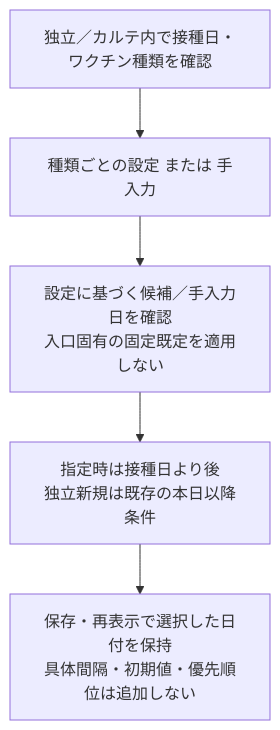
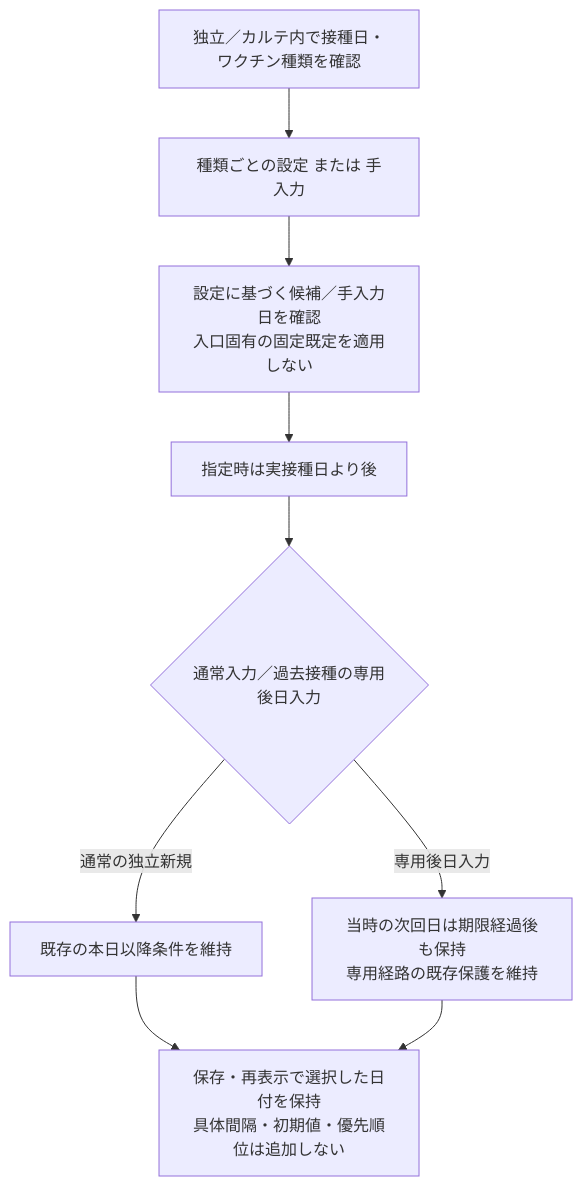
One commit to MinoruSoga/AnimalEkarte changed the diagram in docs/spec/screens/15-vaccinations-form.md. Above: the diagram before and after it, drawn with Mermaid. The commit also changed other lines of this file and 38 other files, not shown here.

````diff
--- a/docs/spec/screens/15-vaccinations-form.md
+++ b/docs/spec/screens/15-vaccinations-form.md
@@ -47,7 +47,11 @@
 ```mermaid
 flowchart TB
     A["独立／カルテ内で接種日・ワクチン種類を確認"] --> B["種類ごとの設定 または 手入力"]
     B --> C["設定に基づく候補／手入力日を確認<br/>入口固有の固定既定を適用しない"]
-    C --> V["指定時は接種日より後<br/>独立新規は既存の本日以降条件"]
-    V --> S["保存・再表示で選択した日付を保持<br/>具体間隔・初期値・優先順位は追加しない"]
+    C --> V["指定時は実接種日より後"]
+    V --> Q{"通常入力／過去接種の専用後日入力"}
+    Q -->|通常の独立新規| N["既存の本日以降条件を維持"]
+    Q -->|専用後日入力| H["当時の次回日は期限経過後も保持<br/>専用経路の既存保護を維持"]
+    N --> S["保存・再表示で選択した日付を保持<br/>具体間隔・初期値・優先順位は追加しない"]
+    H --> S
 ```
````
